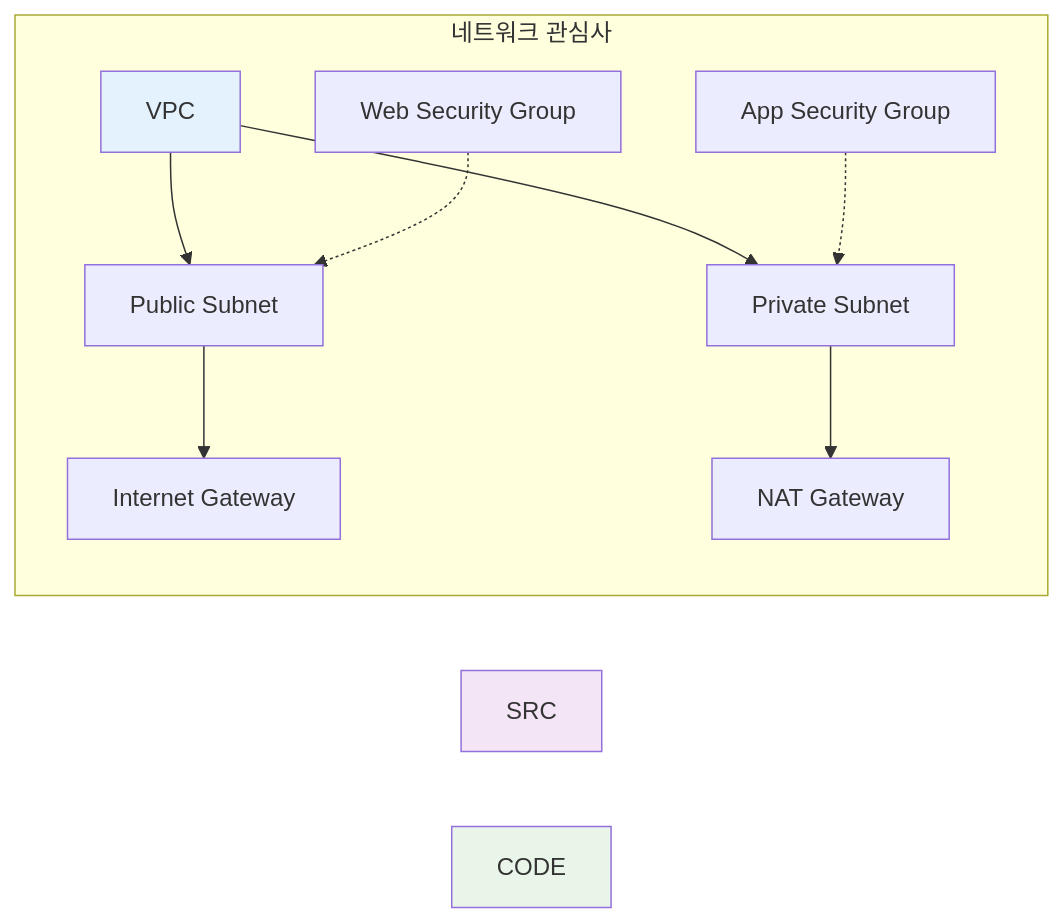
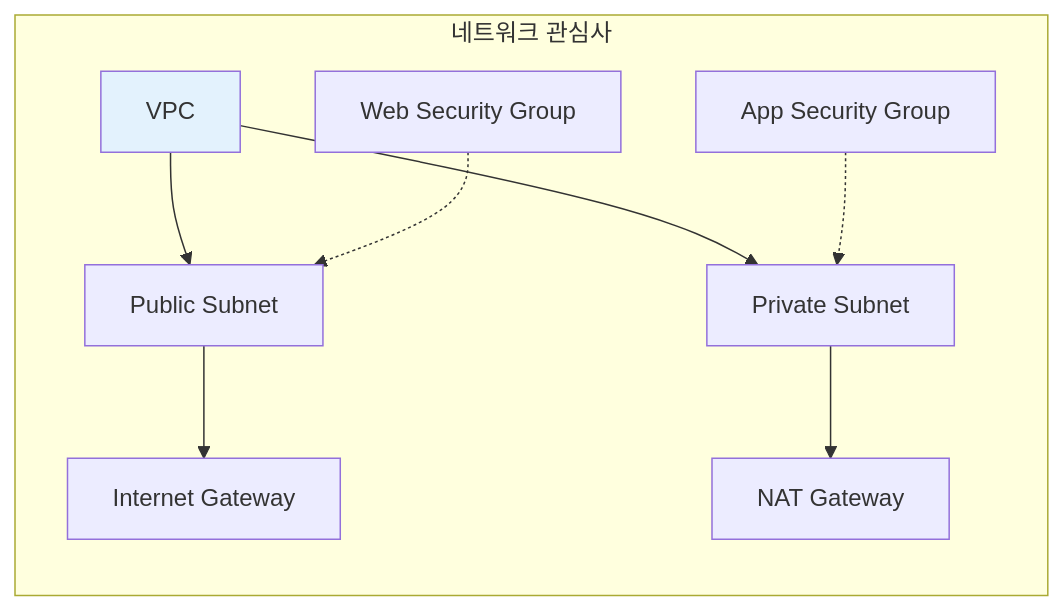
Before and after one commit to niceguy61/kdt_devops_lecture_2025: the fourth of 9 diagrams in theory/december/make_diagram/lecture/02_complexity_management.md, drawn with Mermaid. The commit also changed other lines of this file, not shown here.

````diff
--- a/theory/december/make_diagram/lecture/02_complexity_management.md
+++ b/theory/december/make_diagram/lecture/02_complexity_management.md
@@ -123,16 +123,14 @@
 ```mermaid
 graph LR
     subgraph "네트워크 관심사"
         VPC[VPC] --> PUB[Public Subnet]
         VPC --> PRIV[Private Subnet]
         PUB --> IGW[Internet Gateway]
         PRIV --> NAT[NAT Gateway]
         
         SG1[Web Security Group] -.-> PUB
         SG2[App Security Group] -.-> PRIV
     end
     
     style VPC fill:#e3f2fd
-    style SRC fill:#f3e5f5
-    style CODE fill:#e8f5e8
 ```
````
